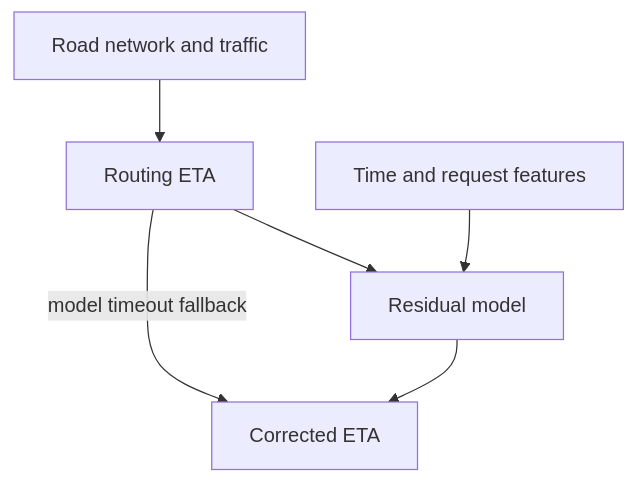
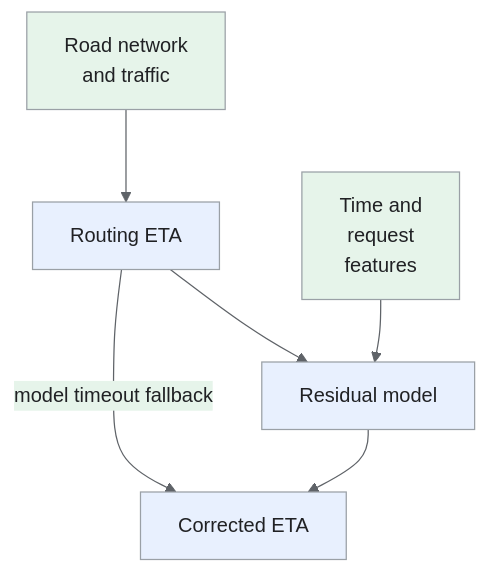
The fourth of 5 diagrams in _designs/system-design-uber.md (iliazlobin/iliazlobin.github.io), drawn with Mermaid before and after one commit. The commit also changed other lines of this file and 131 other files, not shown here.

````diff
--- a/_designs/system-design-uber.md
+++ b/_designs/system-design-uber.md
@@ -264,8 +367,15 @@
 ```mermaid
+%%{init: {"theme":"base","themeVariables":{"primaryColor":"#e8f0fe","primaryBorderColor":"#9aa0a6","primaryTextColor":"#202124","secondaryColor":"#e6f4ea","tertiaryColor":"#fef7e0","lineColor":"#5f6368","actorBkg":"#e8f0fe","actorBorder":"#9aa0a6","actorTextColor":"#202124","noteBkgColor":"#fef7e0","noteBorderColor":"#9aa0a6","noteTextColor":"#202124","signalColor":"#5f6368","signalTextColor":"#202124"}}}%%
 flowchart TB
-  R[Road network and traffic] --> B[Routing ETA]
+  R["Road network<br>and traffic"] --> B[Routing ETA]
   B --> C[Residual model]
-  F[Time and request features] --> C
+  F["Time and<br>request<br>features"] --> C
   C --> E[Corrected ETA]
   B -->|model timeout fallback| E
+classDef request fill:#e8f0fe,stroke:#9aa0a6,color:#202124;
+classDef data fill:#e6f4ea,stroke:#9aa0a6,color:#202124;
+classDef control fill:#fef7e0,stroke:#9aa0a6,color:#202124;
+class B,C,E request;
+class R,F data;
+
 ```
````
